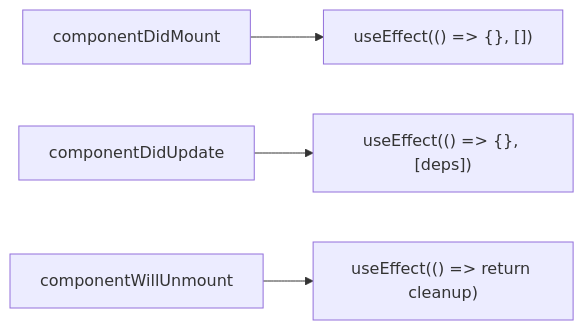
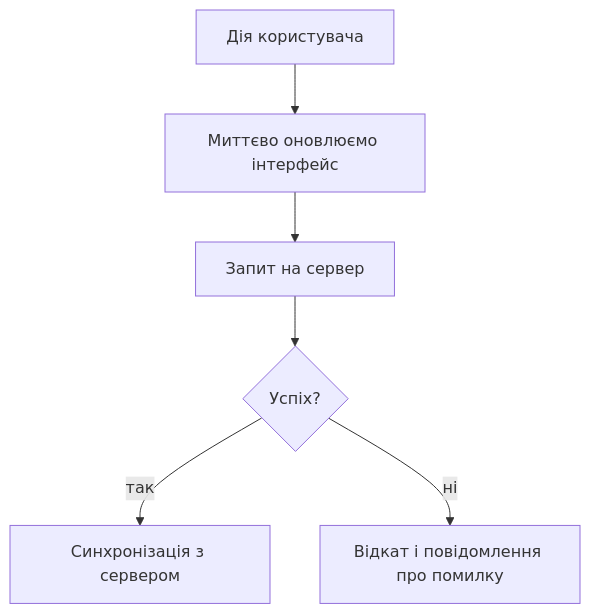
Before and after one commit to olroi421/course-web: the seventh of 7 diagrams in presentations/presentation-10.md, drawn with Mermaid. The commit also changed other lines of this file and 30 other files, not shown here.

````diff
--- a/presentations/presentation-10.md
+++ b/presentations/presentation-10.md
@@ -301,6 +1104,8 @@
 ```mermaid
-graph LR
-    A[componentDidMount] --> B["useEffect(() => {}, [])"]
-    C[componentDidUpdate] --> D["useEffect(() => {}, [deps])"]
-    E[componentWillUnmount] --> F["useEffect(() => return cleanup)"]
+flowchart TD
+    A[Дія користувача] --> B[Миттєво оновлюємо інтерфейс]
+    B --> C[Запит на сервер]
+    C --> D{Успіх?}
+    D -->|так| E[Синхронізація з сервером]
+    D -->|ні| F[Відкат і повідомлення про помилку]
 ```
````
